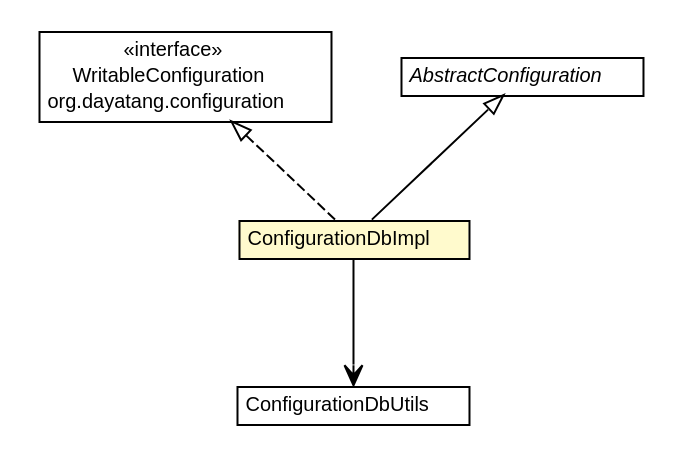
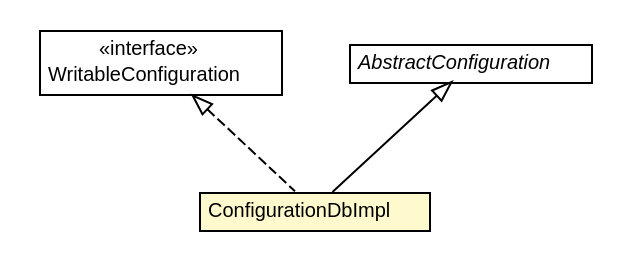
The diagram in dddlib-configuration/apidocs/org/dayatang/configuration/impl/ConfigurationDbImpl.dot (dayatang/dddlib), drawn with Graphviz before and after one commit. The commit also changed 195 other files, not shown here.

```diff
--- a/dddlib-configuration/apidocs/org/dayatang/configuration/impl/ConfigurationDbImpl.dot
+++ b/dddlib-configuration/apidocs/org/dayatang/configuration/impl/ConfigurationDbImpl.dot
@@ -1,44 +1,35 @@
 #!/usr/local/bin/dot
 #
 # Class diagram 
 # Generated by UMLGraph version R5_6_6-8-g8d7759 (http://www.umlgraph.org/)
 #
 
 digraph G {
 	edge [fontname="Helvetica",fontsize=10,labelfontname="Helvetica",labelfontsize=10];
 	node [fontname="Helvetica",fontsize=10,shape=plaintext];
 	nodesep=0.25;
 	ranksep=0.5;
 	// org.dayatang.configuration.WritableConfiguration
-	c78 [label=<<table title="org.dayatang.configuration.WritableConfiguration" border="0" cellborder="1" cellspacing="0" cellpadding="2" port="p" href="../WritableConfiguration.html">
+	c66 [label=<<table title="org.dayatang.configuration.WritableConfiguration" border="0" cellborder="1" cellspacing="0" cellpadding="2" port="p" href="../WritableConfiguration.html">
 		<tr><td><table border="0" cellspacing="0" cellpadding="1">
 <tr><td align="center" balign="center"> &#171;interface&#187; </td></tr>
 <tr><td align="center" balign="center"> WritableConfiguration </td></tr>
-<tr><td align="center" balign="center"> org.dayatang.configuration </td></tr>
 		</table></td></tr>
 		</table>>, URL="../WritableConfiguration.html", fontname="Helvetica", fontcolor="black", fontsize=10.0];
-	// org.dayatang.configuration.impl.ConfigurationDbUtils
-	c88 [label=<<table title="org.dayatang.configuration.impl.ConfigurationDbUtils" border="0" cellborder="1" cellspacing="0" cellpadding="2" port="p" href="./ConfigurationDbUtils.html">
-		<tr><td><table border="0" cellspacing="0" cellpadding="1">
-<tr><td align="center" balign="center"> ConfigurationDbUtils </td></tr>
-		</table></td></tr>
-		</table>>, URL="./ConfigurationDbUtils.html", fontname="Helvetica", fontcolor="black", fontsize=10.0];
 	// org.dayatang.configuration.impl.ConfigurationDbImpl
-	c89 [label=<<table title="org.dayatang.configuration.impl.ConfigurationDbImpl" border="0" cellborder="1" cellspacing="0" cellpadding="2" port="p" bgcolor="lemonChiffon" href="./ConfigurationDbImpl.html">
+	c77 [label=<<table title="org.dayatang.configuration.impl.ConfigurationDbImpl" border="0" cellborder="1" cellspacing="0" cellpadding="2" port="p" bgcolor="lemonChiffon" href="./ConfigurationDbImpl.html">
 		<tr><td><table border="0" cellspacing="0" cellpadding="1">
 <tr><td align="center" balign="center"> ConfigurationDbImpl </td></tr>
 		</table></td></tr>
 		</table>>, URL="./ConfigurationDbImpl.html", fontname="Helvetica", fontcolor="black", fontsize=10.0];
 	// org.dayatang.configuration.impl.AbstractConfiguration
-	c90 [label=<<table title="org.dayatang.configuration.impl.AbstractConfiguration" border="0" cellborder="1" cellspacing="0" cellpadding="2" port="p" href="./AbstractConfiguration.html">
+	c78 [label=<<table title="org.dayatang.configuration.impl.AbstractConfiguration" border="0" cellborder="1" cellspacing="0" cellpadding="2" port="p" href="./AbstractConfiguration.html">
 		<tr><td><table border="0" cellspacing="0" cellpadding="1">
 <tr><td align="center" balign="center"><font face="Helvetica-Oblique"> AbstractConfiguration </font></td></tr>
 		</table></td></tr>
 		</table>>, URL="./AbstractConfiguration.html", fontname="Helvetica", fontcolor="black", fontsize=10.0];
 	//org.dayatang.configuration.impl.ConfigurationDbImpl extends org.dayatang.configuration.impl.AbstractConfiguration
-	c90:p -> c89:p [dir=back,arrowtail=empty];
+	c78:p -> c77:p [dir=back,arrowtail=empty];
 	//org.dayatang.configuration.impl.ConfigurationDbImpl implements org.dayatang.configuration.WritableConfiguration
-	c78:p -> c89:p [dir=back,arrowtail=empty,style=dashed];
-	// org.dayatang.configuration.impl.ConfigurationDbImpl NAVASSOC org.dayatang.configuration.impl.ConfigurationDbUtils
-	c89:p -> c88:p [taillabel="", label=" "headlabel="", fontname="Helvetica", fontcolor="black", fontsize=10.0, color="black", arrowhead=open];
+	c66:p -> c77:p [dir=back,arrowtail=empty,style=dashed];
 }
```
